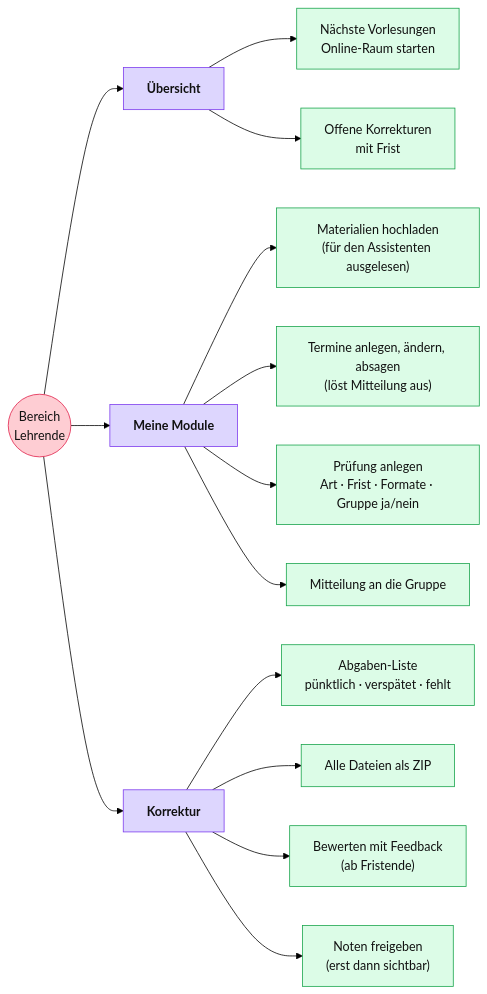
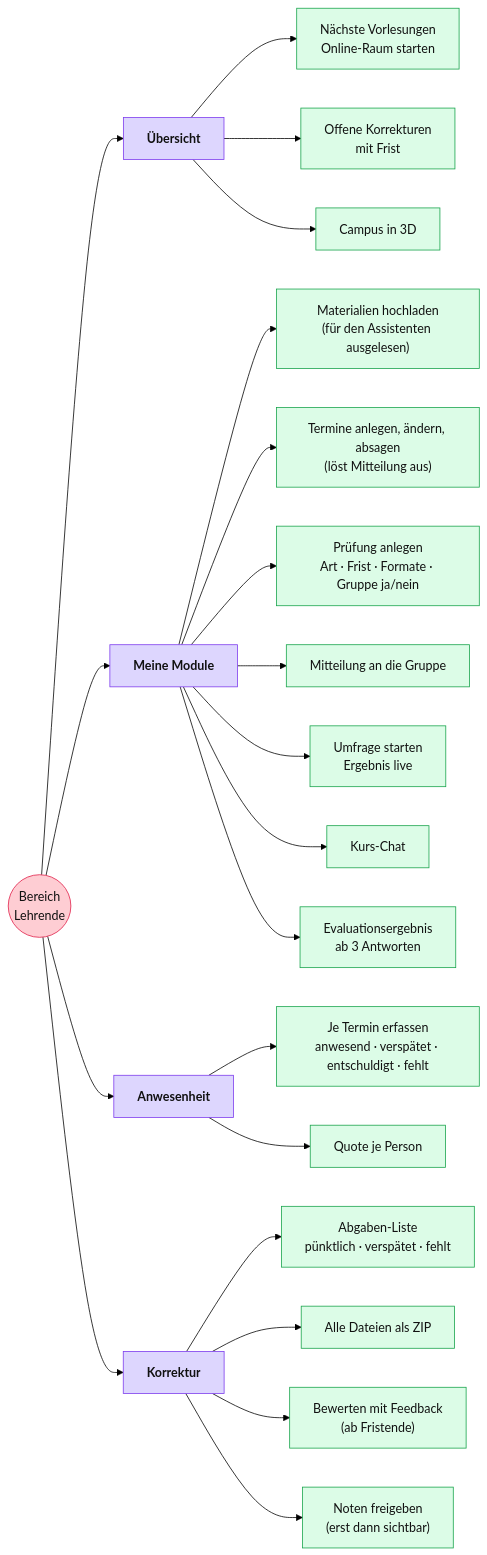
One commit to thimostender/Online-Campus changed the diagram in sitemap-lehrende.mmd. Above: the diagram before and after it, drawn with Mermaid (forest theme). The commit also changed 9 other files, not shown here.

Commit message:
Unterlagen auf Prototyp-Stand: Datenmodell Teil 5 (Evaluation, Umfragen, Kurs-Chat, Anwesenheit), Sitemaps mit neuen Seiten und Campus in 3D, Handout-Regeln zur Anonymitaet; PDFs neu gebaut

```diff
--- a/sitemap-lehrende.mmd
+++ b/sitemap-lehrende.mmd
@@ -1,23 +1,30 @@
 flowchart LR
   L(("Bereich<br/>Lehrende"))
   L --> L1["Übersicht"]
   L1 --> L1a["Nächste Vorlesungen<br/>Online-Raum starten"]
   L1 --> L1b["Offene Korrekturen<br/>mit Frist"]
   L --> L2["Meine Module"]
   L2 --> L2a["Materialien hochladen<br/>(für den Assistenten ausgelesen)"]
   L2 --> L2b["Termine anlegen, ändern, absagen<br/>(löst Mitteilung aus)"]
   L2 --> L2c["Prüfung anlegen<br/>Art · Frist · Formate · Gruppe ja/nein"]
   L2 --> L2d["Mitteilung an die Gruppe"]
+  L2 --> L2e["Umfrage starten<br/>Ergebnis live"]
+  L2 --> L2f["Kurs-Chat"]
+  L2 --> L2g["Evaluationsergebnis<br/>ab 3 Antworten"]
+  L --> L4["Anwesenheit"]
+  L4 --> L4a["Je Termin erfassen<br/>anwesend · verspätet · entschuldigt · fehlt"]
+  L4 --> L4b["Quote je Person"]
+  L1 --> L1c["Campus in 3D"]
   L --> L3["Korrektur"]
   L3 --> L3a["Abgaben-Liste<br/>pünktlich · verspätet · fehlt"]
   L3 --> L3b["Alle Dateien als ZIP"]
   L3 --> L3c["Bewerten mit Feedback<br/>(ab Fristende)"]
   L3 --> L3d["Noten freigeben<br/>(erst dann sichtbar)"]
 
 
   classDef root fill:#fecdd3,stroke:#e11d48,color:#111
   classDef main fill:#ddd6fe,stroke:#7c3aed,color:#111,font-weight:bold
   classDef fn fill:#dcfce7,stroke:#16a34a,color:#111
   class L root
-  class L1,L2,L3 main
-  class L1a,L1b,L2a,L2b,L2c,L2d,L3a,L3b,L3c,L3d fn
+  class L1,L2,L3,L4 main
+  class L1a,L1b,L2a,L2b,L2c,L2d,L2e,L2f,L2g,L4a,L4b,L1c,L3a,L3b,L3c,L3d fn
```
